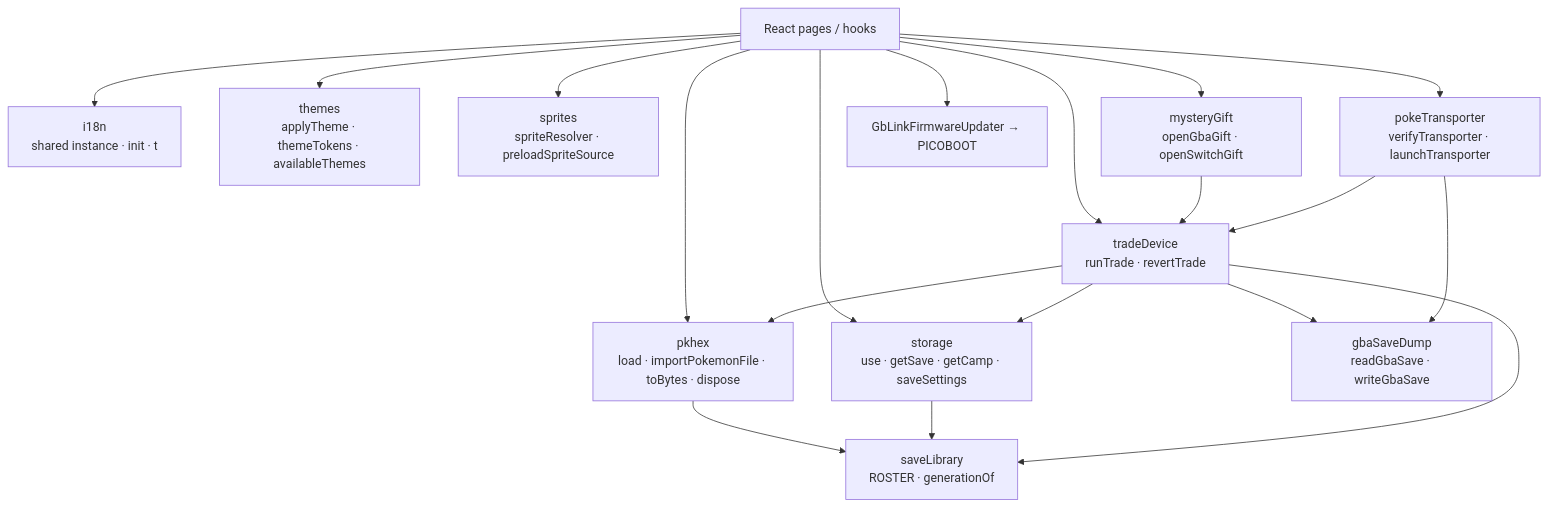
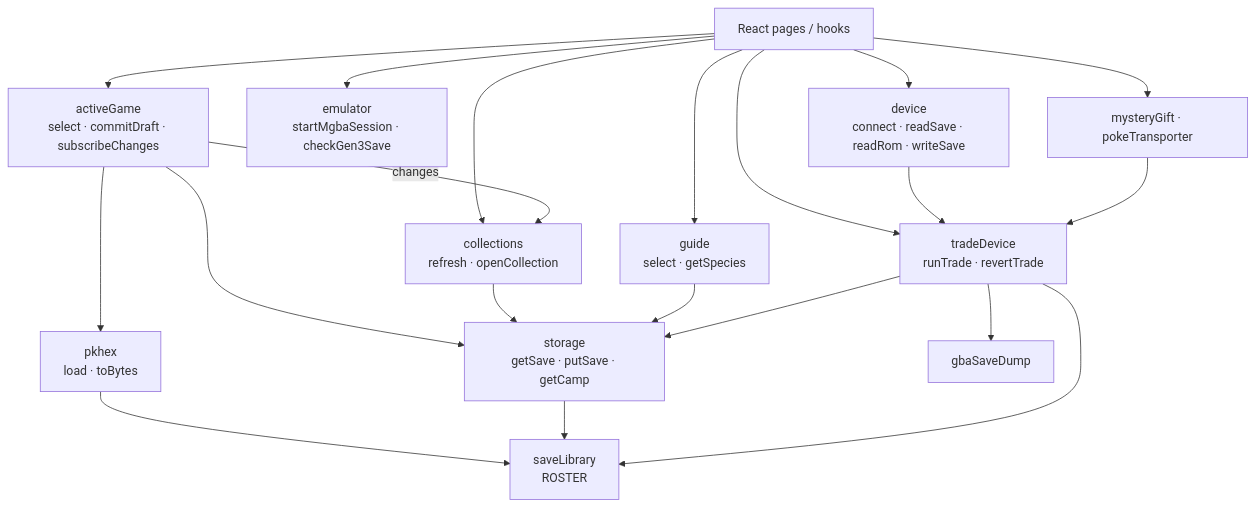
The diagram in src/services/ARCHITECTURE.md (MercuryEnigma/pkcamp), drawn with Mermaid before and after one commit. The commit also changed other lines of this file and 145 other files, not shown here.

````diff
--- a/src/services/ARCHITECTURE.md
+++ b/src/services/ARCHITECTURE.md
@@ -18,19 +21,16 @@
 ```mermaid
 flowchart TB
-  UI["React pages / hooks"] --> PK["pkhex<br/>load · importPokemonFile · toBytes · dispose"]
-  UI --> I18n["i18n<br/>shared instance · init · t"]
-  UI --> Themes["themes<br/>applyTheme · themeTokens · availableThemes"]
-  UI --> Sprite["sprites<br/>spriteResolver · preloadSpriteSource"]
-  UI --> Store["storage<br/>use · getSave · getCamp · saveSettings"]
+  UI["React pages / hooks"] --> Active["activeGame<br/>select · commitDraft · subscribeChanges"]
+  UI --> Collections["collections<br/>refresh · openCollection"]
+  UI --> Guide["guide<br/>select · getSpecies"]
+  UI --> Emulator["emulator<br/>startMgbaSession · checkGen3Save"]
+  UI --> Device["device<br/>connect · readSave · readRom · writeSave"]
   UI --> Trade["tradeDevice<br/>runTrade · revertTrade"]
-  Trade --> PK
-  Trade --> Store
-  Trade --> GBA["gbaSaveDump<br/>readGbaSave · writeGbaSave"]
-  UI --> Gifts["mysteryGift<br/>openGbaGift · openSwitchGift"]
-  Gifts --> Trade
-  UI --> Launch["pokeTransporter<br/>verifyTransporter · launchTransporter"]
-  Launch --> Trade
-  Launch --> GBA
-  UI --> Firmware["GbLinkFirmwareUpdater → PICOBOOT"]
-  PK & Store & Trade --> Roster["saveLibrary<br/>ROSTER · generationOf"]
+  UI --> Gifts["mysteryGift · pokeTransporter"]
+  Active -- changes --> Collections
+  Active --> PK["pkhex<br/>load · toBytes"]
+  Active & Collections & Guide & Trade --> Store["storage<br/>getSave · putSave · getCamp"]
+  Device & Gifts --> Trade
+  Trade --> GBA["gbaSaveDump"]
+  PK & Store & Trade --> Roster["saveLibrary<br/>ROSTER"]
 ```
````
